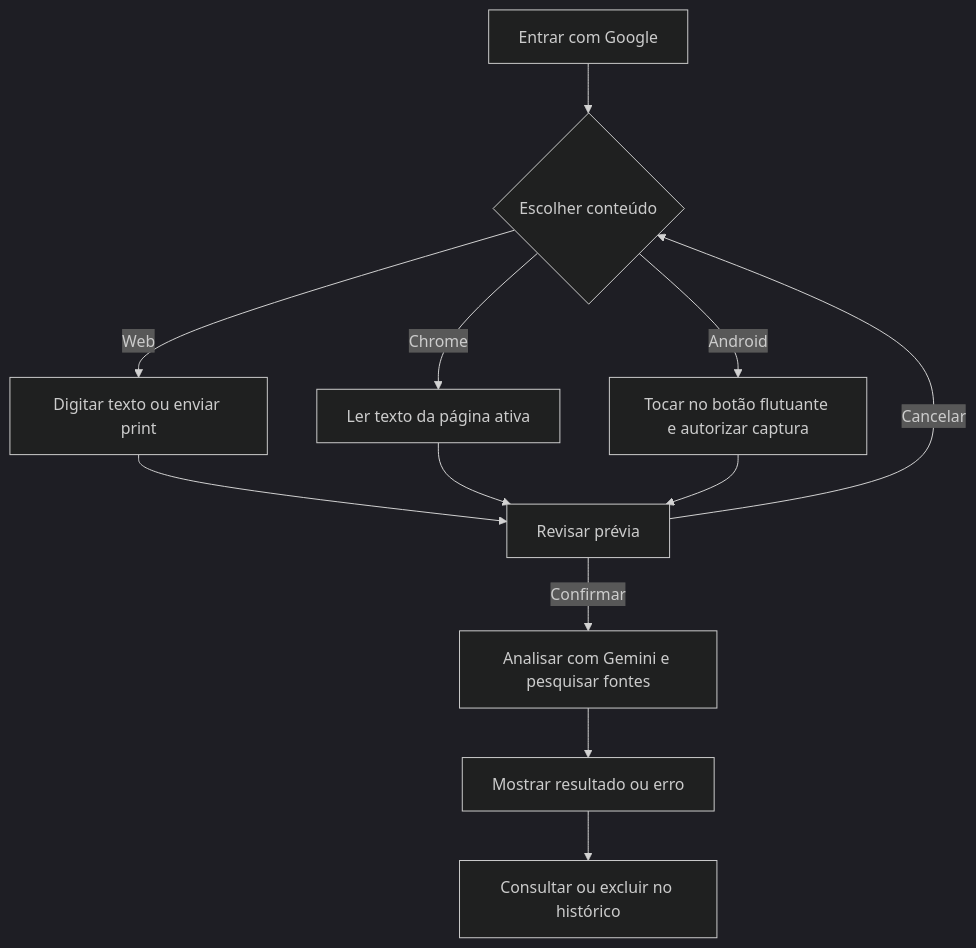
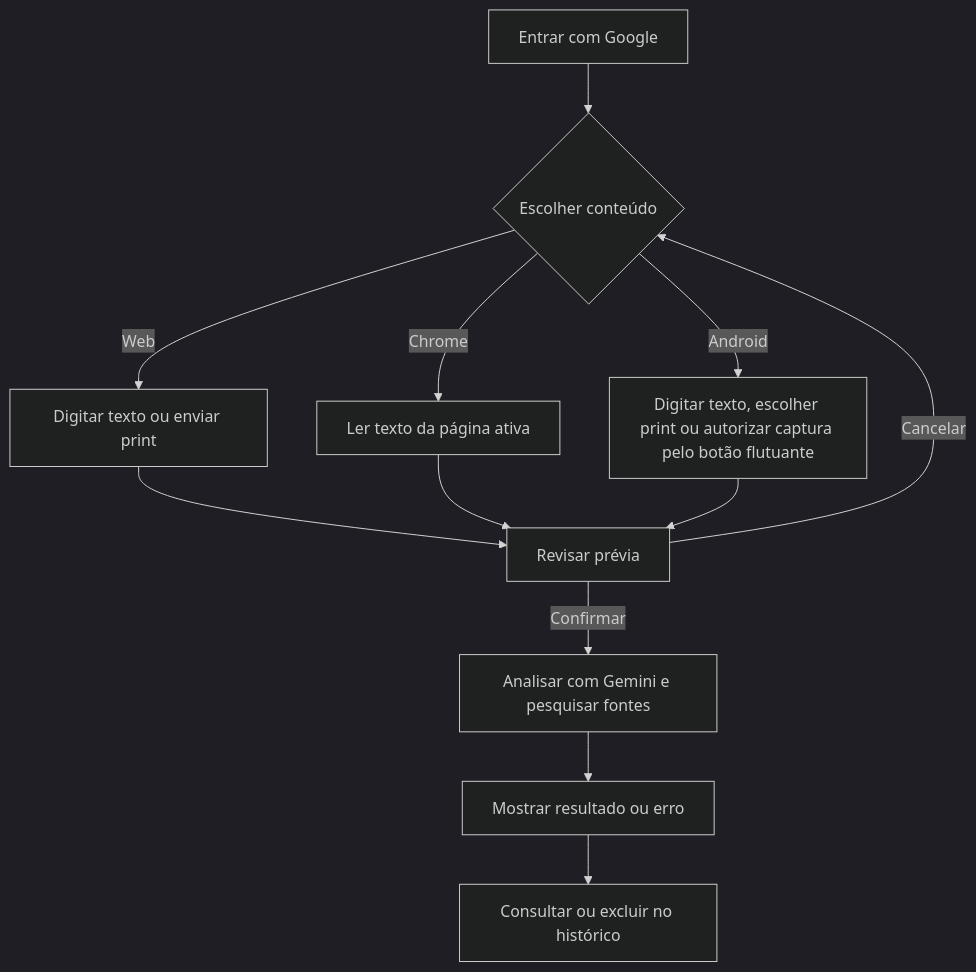
One commit to Muski360/AutenticAI changed the diagram in docs/REQUISITOS_E_PROTOTIPAGEM.md. Above: the diagram before and after it, drawn with Mermaid (dark theme). The commit also changed other lines of this file and 78 other files, not shown here.

````diff
--- a/docs/REQUISITOS_E_PROTOTIPAGEM.md
+++ b/docs/REQUISITOS_E_PROTOTIPAGEM.md
@@ -9,14 +9,14 @@
 ```mermaid
 flowchart TD
     A[Entrar com Google] --> B{Escolher conteúdo}
     B -->|Web| C[Digitar texto ou enviar print]
     B -->|Chrome| D[Ler texto da página ativa]
-    B -->|Android| E[Tocar no botão flutuante e autorizar captura]
+    B -->|Android| E[Digitar texto, escolher print ou autorizar captura pelo botão flutuante]
     C --> F[Revisar prévia]
     D --> F
     E --> F
     F -->|Confirmar| G[Analisar com Gemini e pesquisar fontes]
     F -->|Cancelar| B
     G --> H[Mostrar resultado ou erro]
     H --> I[Consultar ou excluir no histórico]
 ```
````
